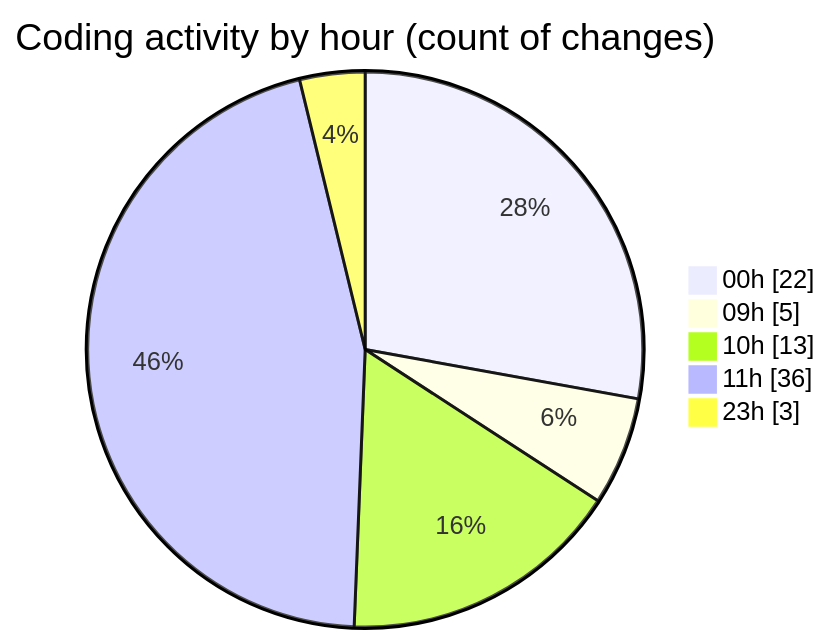
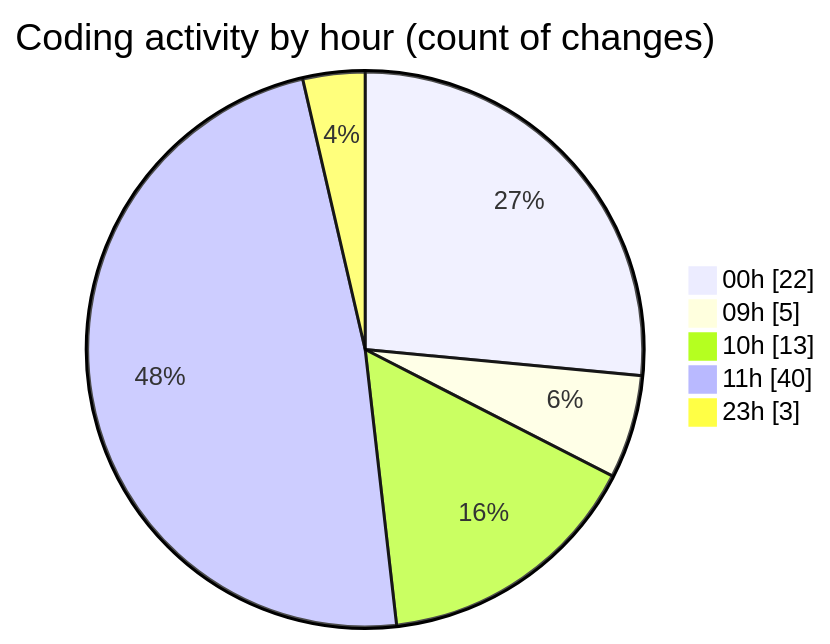
The second of 2 diagrams in 2026-04-10/cda/README.md (momahboobian/code-tracking), drawn with Mermaid before and after one commit. The commit also changed other lines of this file and 1 other file, not shown here.

````diff
--- a/2026-04-10/cda/README.md
+++ b/2026-04-10/cda/README.md
@@ -31,9 +31,9 @@
 ```mermaid
 pie showData
 title Coding activity by hour (count of changes)
 "00h" : 22
 "09h" : 5
 "10h" : 13
-"11h" : 36
+"11h" : 40
 "23h" : 3
 ```
````
